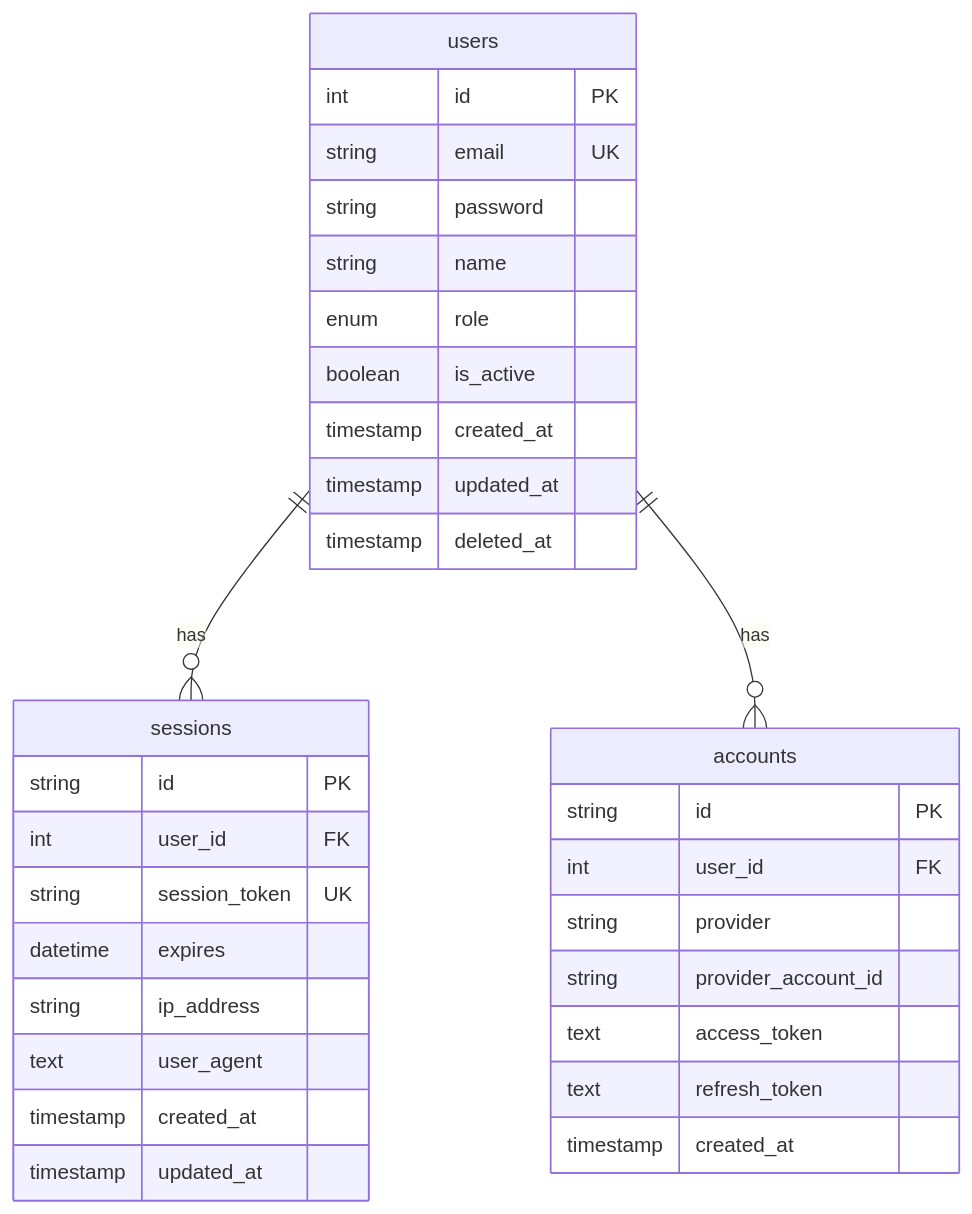
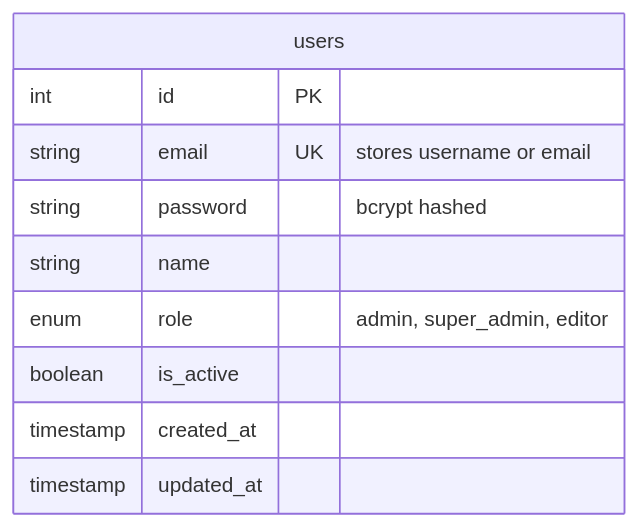
One commit to NeverGET/trendankara-webapp changed the third of 3 diagrams in .claude/specs/authentication/design.md. Above: the diagram before and after it, drawn with Mermaid. The commit also changed other lines of this file and 28 other files, not shown here.

First line of the commit message:
feat(auth): Implement rate limiting for login attempts and enhance authentication flow

````diff
--- a/.claude/specs/authentication/design.md
+++ b/.claude/specs/authentication/design.md
@@ -96,38 +104,16 @@
 ```mermaid
 erDiagram
-    users ||--o{ sessions : "has"
-    users ||--o{ accounts : "has"
-
     users {
         int id PK
-        string email UK
-        string password
+        string email UK "stores username or email"
+        string password "bcrypt hashed"
         string name
-        enum role
+        enum role "admin, super_admin, editor"
         boolean is_active
-        timestamp created_at
-        timestamp updated_at
-        timestamp deleted_at
-    }
-
-    sessions {
-        string id PK
-        int user_id FK
-        string session_token UK
-        datetime expires
-        string ip_address
-        text user_agent
         timestamp created_at
         timestamp updated_at
     }
 
-    accounts {
-        string id PK
-        int user_id FK
-        string provider
-        string provider_account_id
-        text access_token
-        text refresh_token
-        timestamp created_at
-    }
+
+    %%% Sessions and Accounts tables not implemented - using JWT %%%
 ```
````
